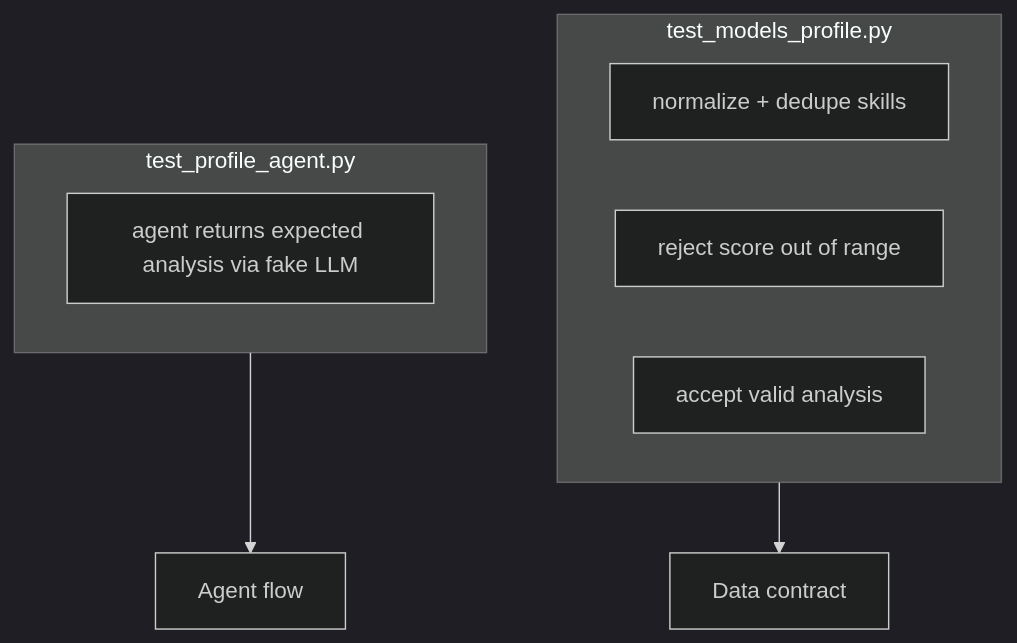
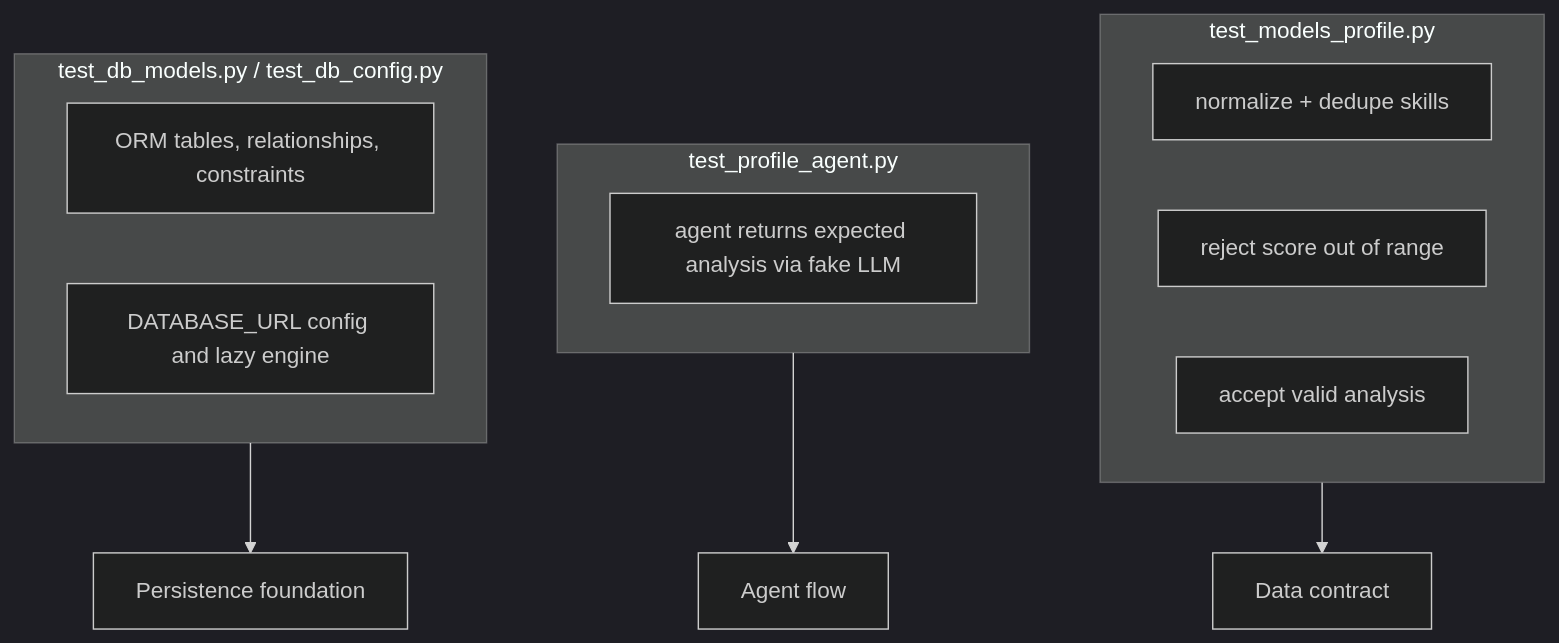
Before and after one commit to shira-ozana/career-ai: the diagram in docs/development/testing.md, drawn with Mermaid (dark theme). The commit also changed other lines of this file and 31 other files, not shown here.

First line of the commit message:
Add PostgreSQL persistence foundation with SQLAlchemy and Alembic.

````diff
--- a/docs/development/testing.md
+++ b/docs/development/testing.md
@@ -31,15 +33,21 @@
 ```mermaid
 flowchart TB
     subgraph Models["test_models_profile.py"]
         T1[normalize + dedupe skills]
         T2[reject score out of range]
         T3[accept valid analysis]
     end
 
     subgraph Agent["test_profile_agent.py"]
         T4[agent returns expected analysis via fake LLM]
     end
 
+    subgraph Persistence["test_db_models.py / test_db_config.py"]
+        T5[ORM tables, relationships, constraints]
+        T6[DATABASE_URL config and lazy engine]
+    end
+
     Models --> Contract[Data contract]
     Agent --> Flow[Agent flow]
+    Persistence --> Schema[Persistence foundation]
 ```
````
